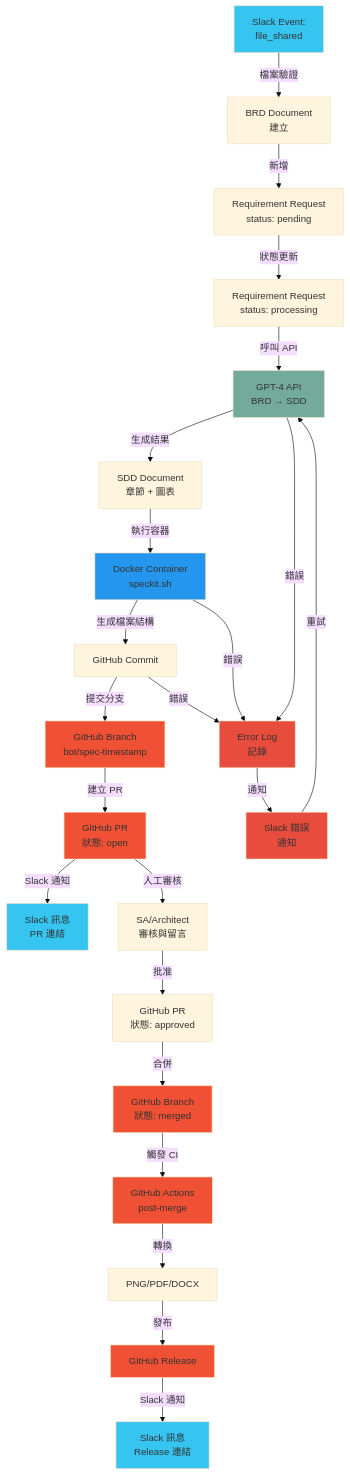
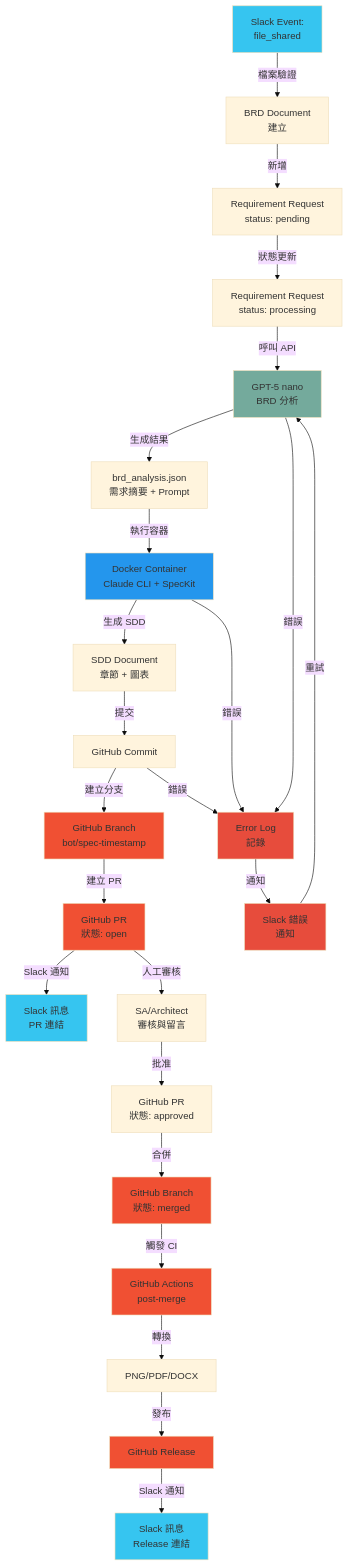
One commit to ro9er117911/SDD_kit changed the fourth of 5 diagrams in specs/001-spec-bot-sdd-integration/data-model.md. Above: the diagram before and after it, drawn with Mermaid (base theme). The commit also changed other lines of this file and 7 other files, not shown here.

````diff
--- a/specs/001-spec-bot-sdd-integration/data-model.md
+++ b/specs/001-spec-bot-sdd-integration/data-model.md
@@ -664,46 +664,47 @@
 ```mermaid
 flowchart TD
     A[Slack Event:<br/>file_shared] -->|檔案驗證| B["BRD Document<br/>建立"]
     B -->|新增| C["Requirement Request<br/>status: pending"]
     C -->|狀態更新| D["Requirement Request<br/>status: processing"]
 
-    D -->|呼叫 API| E["GPT-4 API<br/>BRD → SDD"]
-    E -->|生成結果| F["SDD Document<br/>章節 + 圖表"]
+    D -->|呼叫 API| E["GPT-5 nano<br/>BRD 分析"]
+    E -->|生成結果| F["brd_analysis.json<br/>需求摘要 + Prompt"]
 
-    F -->|執行容器| G["Docker Container<br/>speckit.sh"]
-    G -->|生成檔案結構| H["GitHub Commit"]
+    F -->|執行容器| G["Docker Container<br/>Claude CLI + SpecKit"]
+    G -->|生成 SDD| H["SDD Document<br/>章節 + 圖表"]
+    H -->|提交| I["GitHub Commit"]
 
-    H -->|提交分支| I["GitHub Branch<br/>bot/spec-timestamp"]
-    I -->|建立 PR| J["GitHub PR<br/>狀態: open"]
+    I -->|建立分支| J["GitHub Branch<br/>bot/spec-timestamp"]
+    J -->|建立 PR| K["GitHub PR<br/>狀態: open"]
 
-    J -->|Slack 通知| K["Slack 訊息<br/>PR 連結"]
-    J -->|人工審核| L["SA/Architect<br/>審核與留言"]
+    K -->|Slack 通知| L["Slack 訊息<br/>PR 連結"]
+    K -->|人工審核| M["SA/Architect<br/>審核與留言"]
 
-    L -->|批准| M["GitHub PR<br/>狀態: approved"]
-    M -->|合併| N["GitHub Branch<br/>狀態: merged"]
+    M -->|批准| N["GitHub PR<br/>狀態: approved"]
+    N -->|合併| O["GitHub Branch<br/>狀態: merged"]
 
-    N -->|觸發 CI| O["GitHub Actions<br/>post-merge"]
-    O -->|轉換| P["PNG/PDF/DOCX"]
-    P -->|發布| Q["GitHub Release"]
+    O -->|觸發 CI| P["GitHub Actions<br/>post-merge"]
+    P -->|轉換| Q["PNG/PDF/DOCX"]
+    Q -->|發布| R["GitHub Release"]
 
-    Q -->|Slack 通知| R["Slack 訊息<br/>Release 連結"]
+    R -->|Slack 通知| S["Slack 訊息<br/>Release 連結"]
 
-    E -->|錯誤| S["Error Log<br/>記錄"]
-    G -->|錯誤| S
-    H -->|錯誤| S
+    E -->|錯誤| T["Error Log<br/>記錄"]
+    G -->|錯誤| T
+    I -->|錯誤| T
 
-    S -->|通知| T["Slack 錯誤<br/>通知"]
-    T -->|重試| E
+    T -->|通知| U["Slack 錯誤<br/>通知"]
+    U -->|重試| E
 
     classDef slack fill:#36c5f0
     classDef gpt fill:#74aa9c
     classDef git fill:#f05033
     classDef docker fill:#2496ed
     classDef error fill:#e74c3c
 
-    class A,K,R,T slack
+    class A,L,S,U slack
     class E gpt
-    class I,J,N,Q,O git
+    class J,K,O,R,P git
     class G docker
-    class S,T error
+    class T,U error
 ```
````
